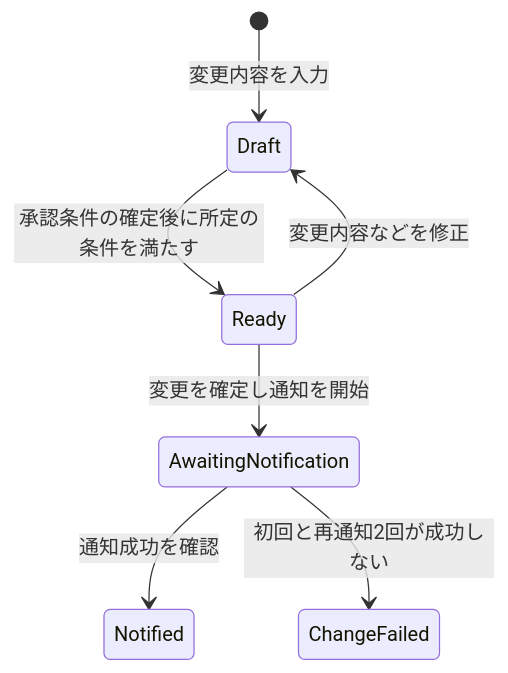
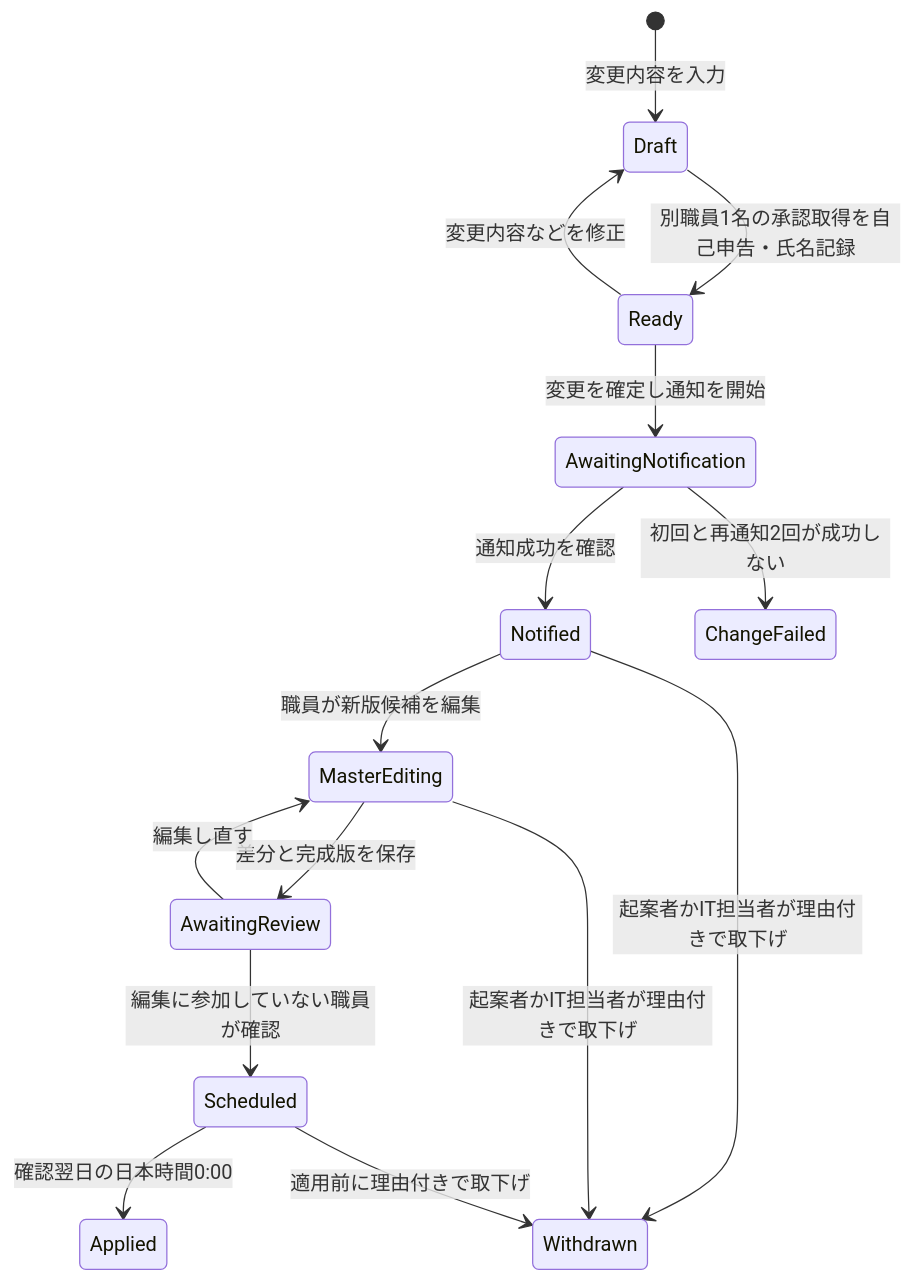
The third of 4 diagrams in docs/state-transitions.md (nto300002/kiiya-cleaning-checker), drawn with Mermaid before and after one commit. The commit also changed other lines of this file and 9 other files, not shown here.

````diff
--- a/docs/state-transitions.md
+++ b/docs/state-transitions.md
@@ -115,9 +120,17 @@
 ```mermaid
 stateDiagram-v2
     [*] --> Draft: 変更内容を入力
-    Draft --> Ready: 承認条件の確定後に所定の条件を満たす
+    Draft --> Ready: 別職員1名の承認取得を自己申告・氏名記録
     Ready --> Draft: 変更内容などを修正
     Ready --> AwaitingNotification: 変更を確定し通知を開始
     AwaitingNotification --> Notified: 通知成功を確認
     AwaitingNotification --> ChangeFailed: 初回と再通知2回が成功しない
+    Notified --> MasterEditing: 職員が新版候補を編集
+    MasterEditing --> AwaitingReview: 差分と完成版を保存
+    AwaitingReview --> MasterEditing: 編集し直す
+    AwaitingReview --> Scheduled: 編集に参加していない職員が確認
+    Scheduled --> Applied: 確認翌日の日本時間0:00
+    Notified --> Withdrawn: 起案者かIT担当者が理由付きで取下げ
+    MasterEditing --> Withdrawn: 起案者かIT担当者が理由付きで取下げ
+    Scheduled --> Withdrawn: 適用前に理由付きで取下げ
 ```
````
